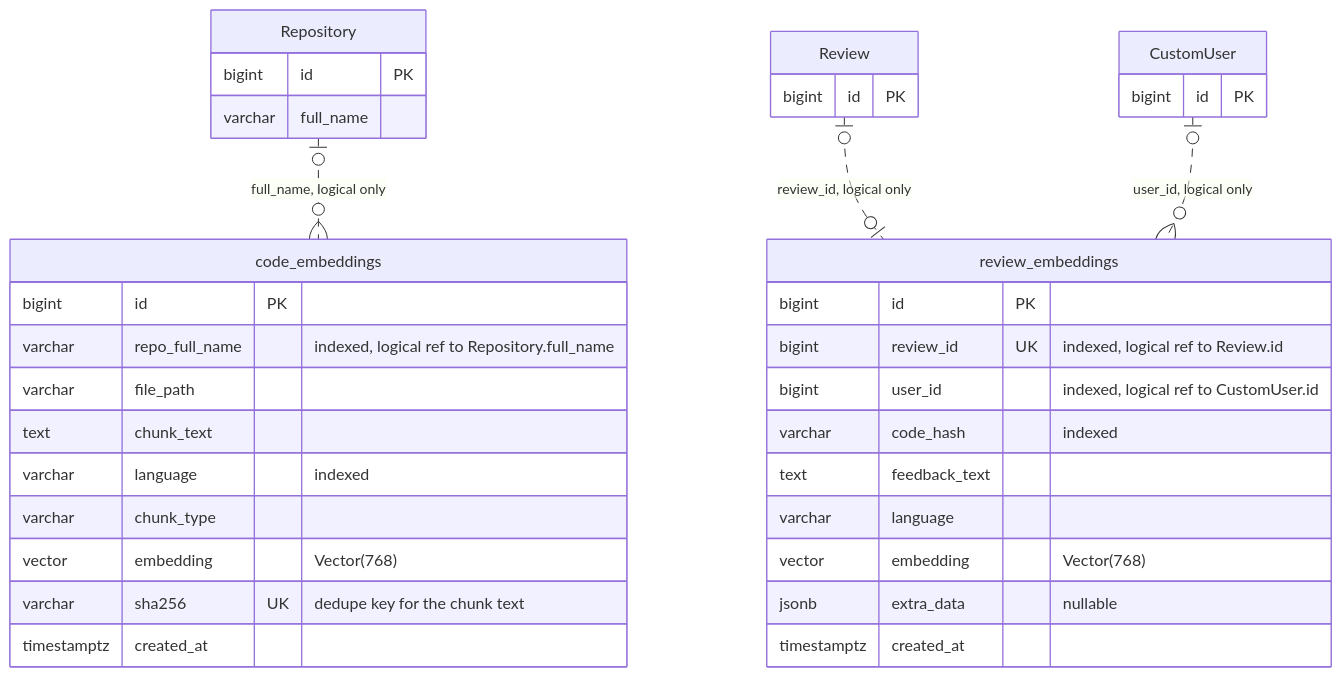
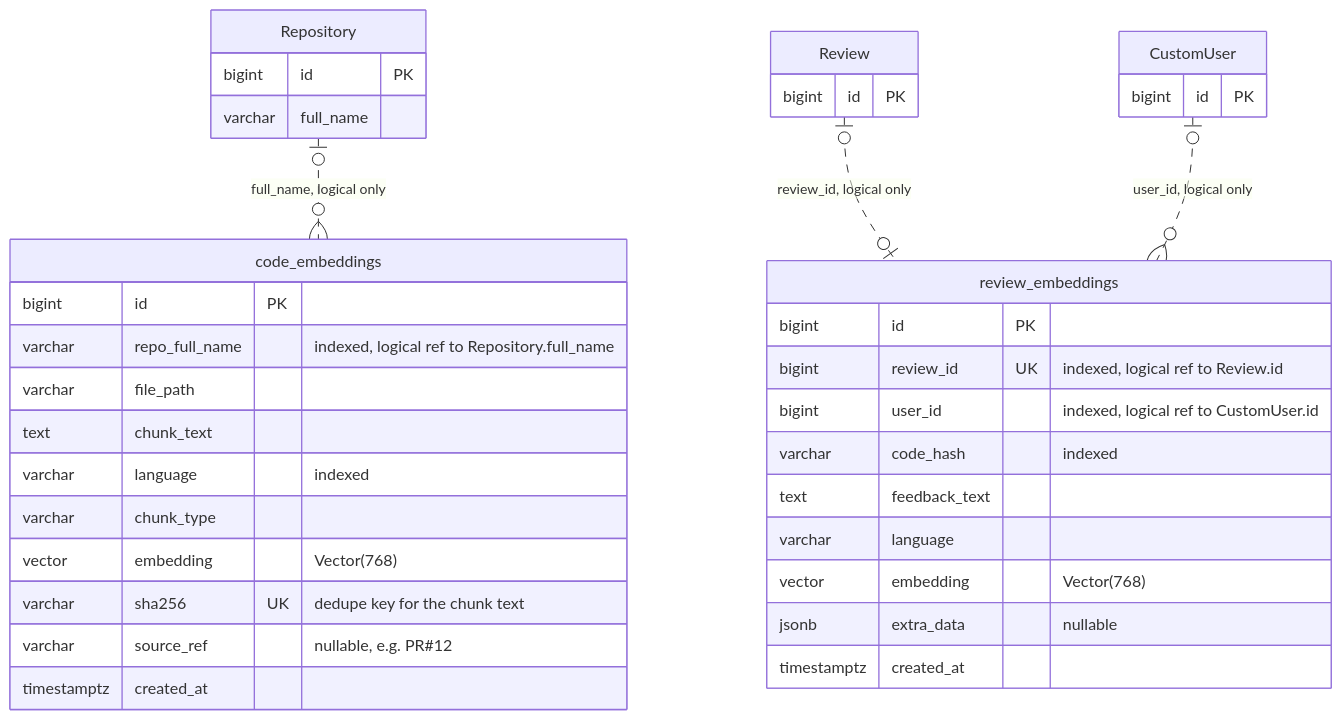
Before and after one commit to muhammedsiinanmp/Devmind: the ninth of 10 diagrams in docs/SYSTEM_ARCHITECTURE.md, drawn with Mermaid. The commit also changed other lines of this file and 1 other file, not shown here.

````diff
--- a/docs/SYSTEM_ARCHITECTURE.md
+++ b/docs/SYSTEM_ARCHITECTURE.md
@@ -602,39 +614,40 @@
 ```mermaid
 erDiagram
     code_embeddings {
         bigint id PK
         varchar repo_full_name "indexed, logical ref to Repository.full_name"
         varchar file_path
         text chunk_text
         varchar language "indexed"
         varchar chunk_type
         vector embedding "Vector(768)"
         varchar sha256 UK "dedupe key for the chunk text"
+        varchar source_ref "nullable, e.g. PR#12"
         timestamptz created_at
     }
     review_embeddings {
         bigint id PK
         bigint review_id UK "indexed, logical ref to Review.id"
         bigint user_id "indexed, logical ref to CustomUser.id"
         varchar code_hash "indexed"
         text feedback_text
         varchar language
         vector embedding "Vector(768)"
         jsonb extra_data "nullable"
         timestamptz created_at
     }
     Repository {
         bigint id PK
         varchar full_name
     }
     Review {
         bigint id PK
     }
     CustomUser {
         bigint id PK
     }
 
     Repository |o..o{ code_embeddings : "full_name, logical only"
     Review |o..o| review_embeddings : "review_id, logical only"
     CustomUser |o..o{ review_embeddings : "user_id, logical only"
 ```
````
